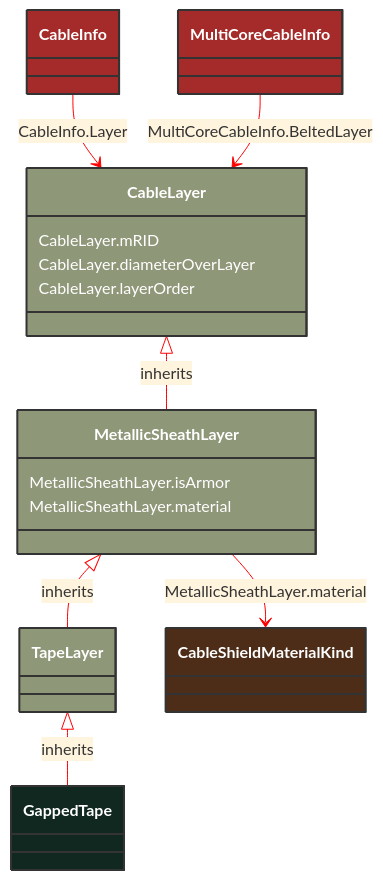
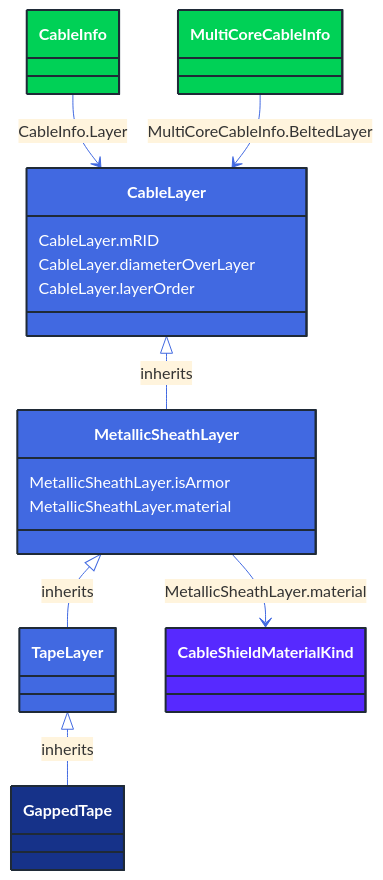
One commit to 3lbits/NoCIMExtensions changed the diagram in docs/Models/Profiles/SubseaCableInfo/ConcreteClasses/GappedTape.md. Above: the diagram before and after it, drawn with Mermaid. The commit also changed 362 other files, not shown here.

First line of the commit message:
Update diagrams and styles for improved visual consistency

````diff
--- a/docs/Models/Profiles/SubseaCableInfo/ConcreteClasses/GappedTape.md
+++ b/docs/Models/Profiles/SubseaCableInfo/ConcreteClasses/GappedTape.md
@@ -8,44 +8,44 @@
 ```mermaid
-%%{init: {'theme':'base','themeVariables': {'lineColor': '#FF0000'}}}%%
+%%{init: {'theme':'base','themeVariables': {'lineColor': '#4169E1'}}}%%
 classDiagram
     class GappedTape
     click GappedTape href "/Models/Profiles/SubseaCableInfo/ConcreteClasses/GappedTape/"
-    style GappedTape fill:#102820,stroke:#333,stroke-width:2px,rx:10,ry:10,color:white
+    style GappedTape fill:#163289,stroke:#1F2A37,stroke-width:2px,rx:10,ry:10,color:white
      
         TapeLayer <|-- GappedTape : inherits
             click TapeLayer href "/Models/Profiles/SubseaCableInfo/ConcreteClasses/TapeLayer/"
-            style TapeLayer fill:#8F9779,stroke:#333,stroke-width:2px,rx:10,ry:10,color:white
+            style TapeLayer fill:#4169E1,stroke:#1F2A37,stroke-width:2px,rx:10,ry:10,color:white
      
         MetallicSheathLayer <|-- TapeLayer : inherits
             click MetallicSheathLayer href "/Models/Profiles/SubseaCableInfo/ConcreteClasses/MetallicSheathLayer/"
-            style MetallicSheathLayer fill:#8F9779,stroke:#333,stroke-width:2px,rx:10,ry:10,color:white
+            style MetallicSheathLayer fill:#4169E1,stroke:#1F2A37,stroke-width:2px,rx:10,ry:10,color:white
      
         CableLayer <|-- MetallicSheathLayer : inherits
             click CableLayer href "/Models/Profiles/SubseaCableInfo/AbstractClasses/CableLayer/"
-            style CableLayer fill:#8F9779,stroke:#333,stroke-width:2px,rx:10,ry:10,color:white
+            style CableLayer fill:#4169E1,stroke:#1F2A37,stroke-width:2px,rx:10,ry:10,color:white
 
 
         CableInfo --> CableLayer : CableInfo.Layer
 
         CableInfo
             click CableInfo href "/Models/Profiles/SubseaCableInfo/ConcreteClasses/CableInfo/"
-            style CableInfo fill:#A52A2A,stroke:#333,stroke-width:2px,rx:10,ry:10,color:white
+            style CableInfo fill:#00D156,stroke:#1F2A37,stroke-width:2px,rx:10,ry:10,color:white
 
         MultiCoreCableInfo --> CableLayer : MultiCoreCableInfo.BeltedLayer
 
         MultiCoreCableInfo
             click MultiCoreCableInfo href "/Models/Profiles/SubseaCableInfo/ConcreteClasses/MultiCoreCableInfo/"
-            style MultiCoreCableInfo fill:#A52A2A,stroke:#333,stroke-width:2px,rx:10,ry:10,color:white
+            style MultiCoreCableInfo fill:#00D156,stroke:#1F2A37,stroke-width:2px,rx:10,ry:10,color:white
 
         MetallicSheathLayer --> CableShieldMaterialKind : MetallicSheathLayer.material
 
         CableShieldMaterialKind
             click CableShieldMaterialKind href "/Models/Profiles/SubseaCableInfo/Enumerations/CableShieldMaterialKind/"
-            style CableShieldMaterialKind fill:#4D2D18,stroke:#333,stroke-width:2px,rx:10,ry:10,color:white
+            style CableShieldMaterialKind fill:#5729FF,stroke:#1F2A37,stroke-width:2px,rx:10,ry:10,color:white
 
         MetallicSheathLayer : MetallicSheathLayer.isArmor
         MetallicSheathLayer : MetallicSheathLayer.material
         CableLayer : CableLayer.mRID
         CableLayer : CableLayer.diameterOverLayer
         CableLayer : CableLayer.layerOrder
 ```
````
